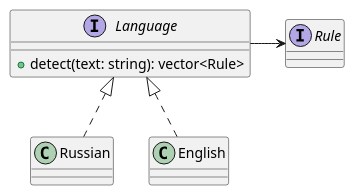
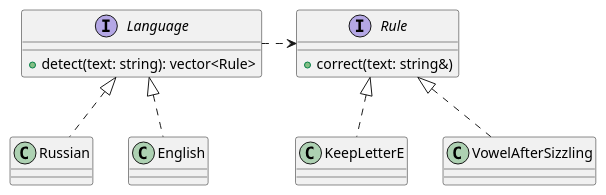
One commit to bonewell/spellchecker changed the diagram in class-diagram.puml. Above: the diagram before and after it, drawn with PlantUML. The commit also changed 21 other files, not shown here.

```diff
--- a/class-diagram.puml
+++ b/class-diagram.puml
@@ -1,14 +1,19 @@
 @startuml
 
 interface Language {
     + detect(text: string): vector<Rule>
 }
 
-interface Rule
+interface Rule {
+    + correct(text: string&)
+}
 
-Language -> Rule
+Language .> Rule
 
 Language <|.. Russian
 Language <|.. English
 
+Rule <|.. KeepLetterE
+Rule <|.. VowelAfterSizzling
+
 @enduml
```
